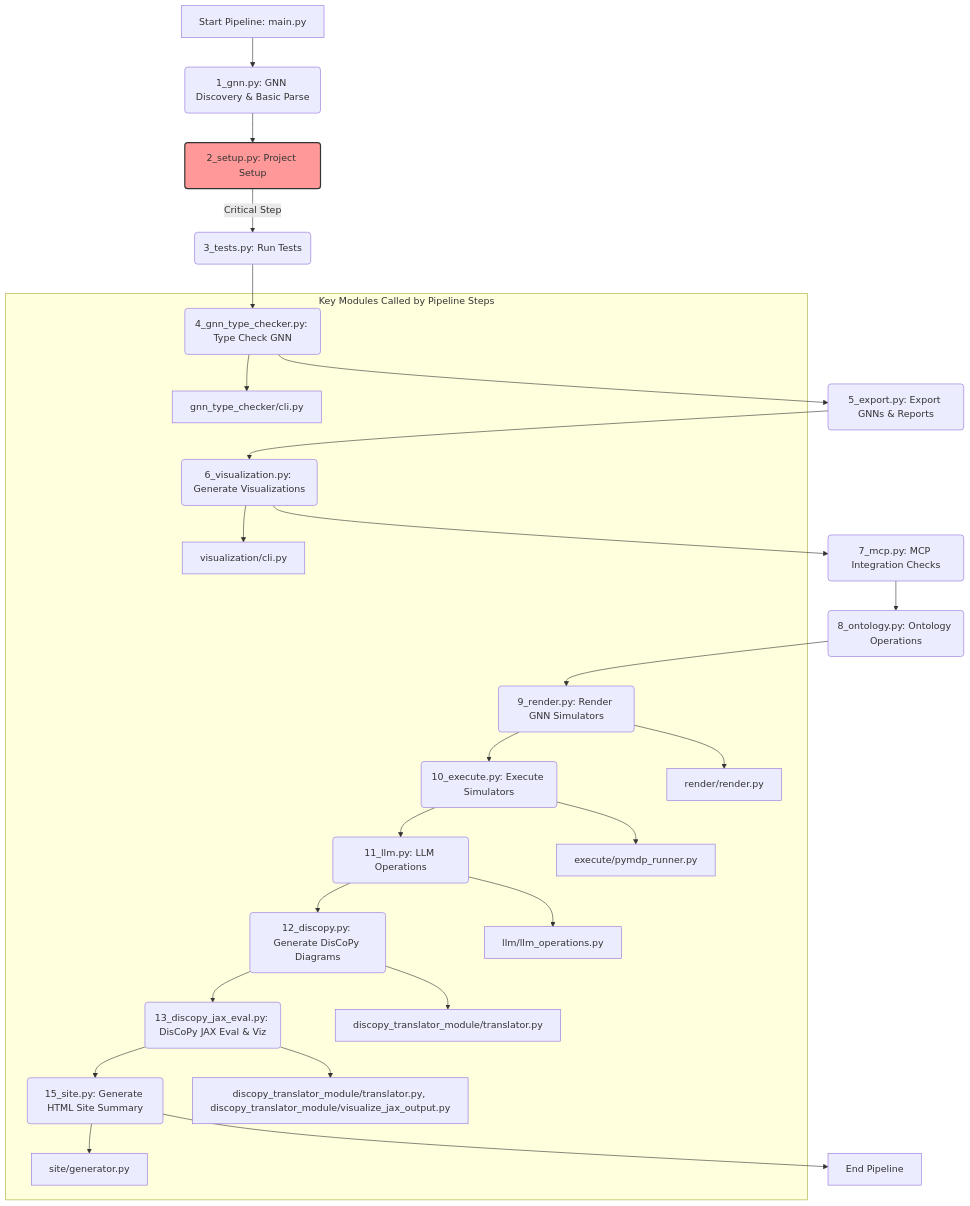
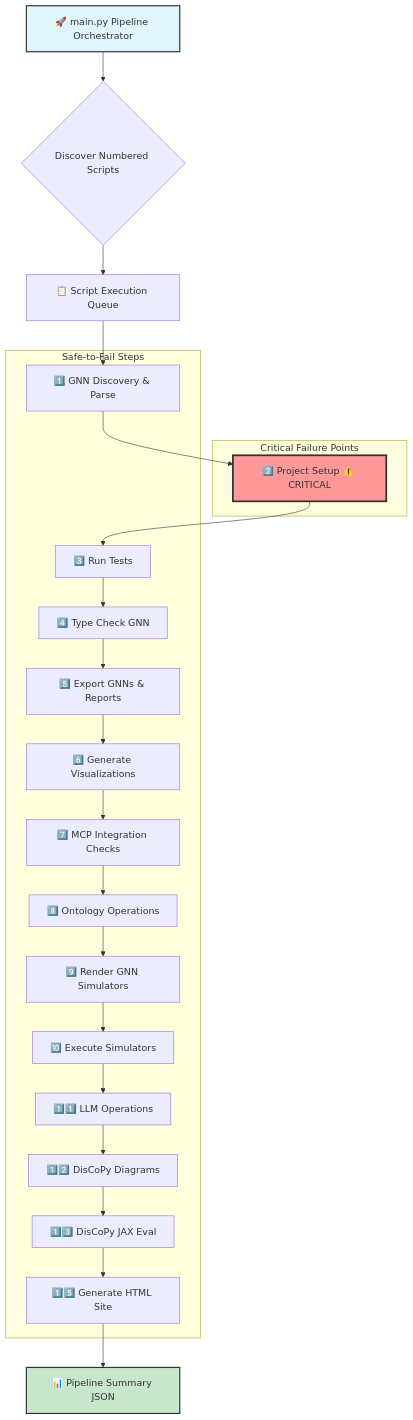
One commit to ActiveInferenceInstitute/GeneralizedNotationNotation changed the first of 6 diagrams in src/README.md. Above: the diagram before and after it, drawn with Mermaid. The commit also changed other lines of this file, not shown here.

````diff
--- a/src/README.md
+++ b/src/README.md
@@ -20,31 +19,44 @@
 ```mermaid
 graph TD
-    A[Start Pipeline: main.py] --> B(1_gnn.py: GNN Discovery & Basic Parse);
-    B --> C(2_setup.py: Project Setup);
-    C -- Critical Step --> D(3_tests.py: Run Tests);
-    D --> E(4_gnn_type_checker.py: Type Check GNN);
-    E --> F(5_export.py: Export GNNs & Reports);
-    F --> G(6_visualization.py: Generate Visualizations);
-    G --> H(7_mcp.py: MCP Integration Checks);
-    H --> I(8_ontology.py: Ontology Operations);
-    I --> J(9_render.py: Render GNN Simulators);
-    J --> K(10_execute.py: Execute Simulators);
-    K --> L(11_llm.py: LLM Operations);
-    L --> M(12_discopy.py: Generate DisCoPy Diagrams);
-    M --> N(13_discopy_jax_eval.py: DisCoPy JAX Eval & Viz);
-    N --> O(15_site.py: Generate HTML Site Summary);
-    O --> Z[End Pipeline];
+    A[🚀 main.py Pipeline Orchestrator] --> B{Discover Numbered Scripts}
+    B --> C[📋 Script Execution Queue]
+    C --> D[1️⃣ GNN Discovery & Parse]
+    D --> E[2️⃣ Project Setup ⚠️ CRITICAL]
+    E --> F[3️⃣ Run Tests]
+    F --> G[4️⃣ Type Check GNN]
+    G --> H[5️⃣ Export GNNs & Reports]
+    H --> I[6️⃣ Generate Visualizations]
+    I --> J[7️⃣ MCP Integration Checks]
+    J --> K[8️⃣ Ontology Operations]
+    K --> L[9️⃣ Render GNN Simulators]
+    L --> M[🔟 Execute Simulators]
+    M --> N[1️⃣1️⃣ LLM Operations]
+    N --> O[1️⃣2️⃣ DisCoPy Diagrams]
+    O --> P[1️⃣3️⃣ DisCoPy JAX Eval]
+    P --> Q[1️⃣5️⃣ Generate HTML Site]
+    Q --> R[📊 Pipeline Summary JSON]
 
-    subgraph Key Modules Called by Pipeline Steps
-        E --> E1[gnn_type_checker/cli.py];
-        G --> G1[visualization/cli.py];
-        J --> J1[render/render.py];
-        K --> K1[execute/pymdp_runner.py];
-        L --> L1[llm/llm_operations.py];
-        M --> M1[discopy_translator_module/translator.py];
-        N --> N2[discopy_translator_module/translator.py, discopy_translator_module/visualize_jax_output.py];
-        O --> O1[site/generator.py];
+    subgraph "Critical Failure Points"
+        E
     end
 
-    style C fill:#f99,stroke:#333,stroke-width:2px;
+    subgraph "Safe-to-Fail Steps"
+        D
+        F
+        G
+        H
+        I
+        J
+        K
+        L
+        M
+        N
+        O
+        P
+        Q
+    end
+
+    style E fill:#ff9999,stroke:#333,stroke-width:3px
+    style A fill:#e1f5fe,stroke:#333,stroke-width:2px
+    style R fill:#c8e6c9,stroke:#333,stroke-width:2px
 ```
````
